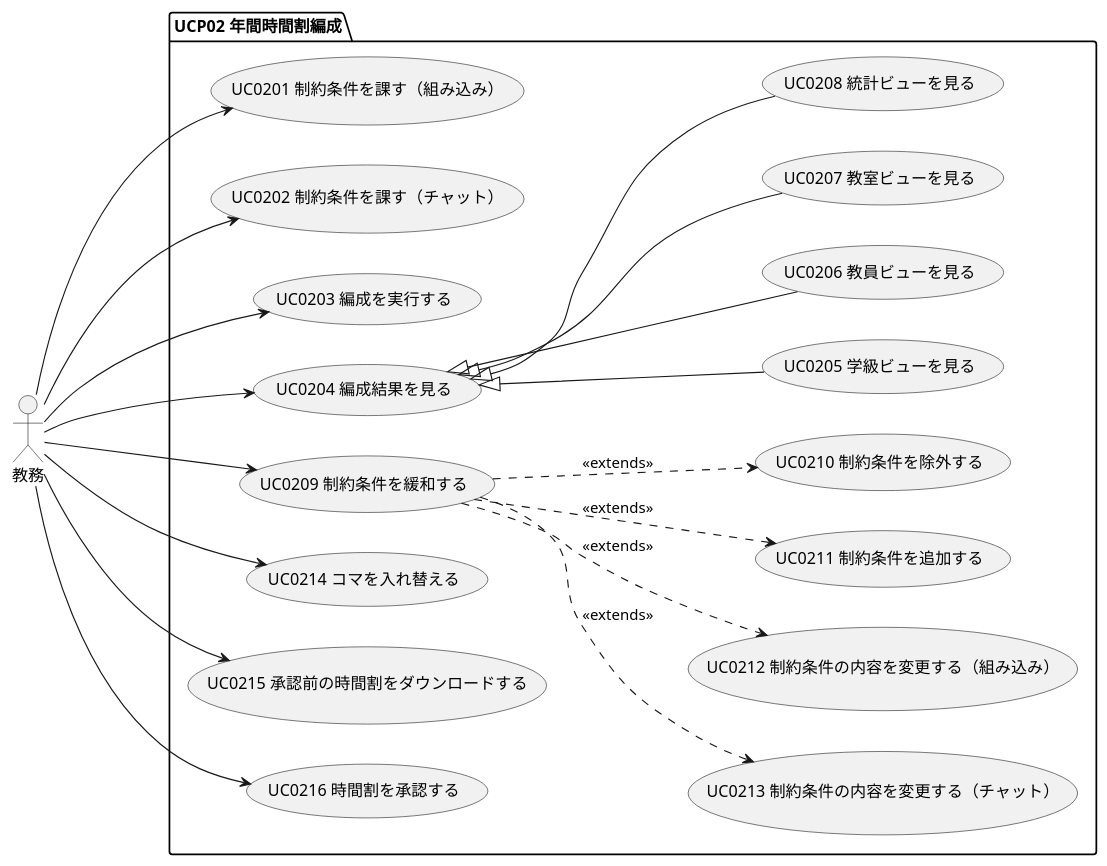
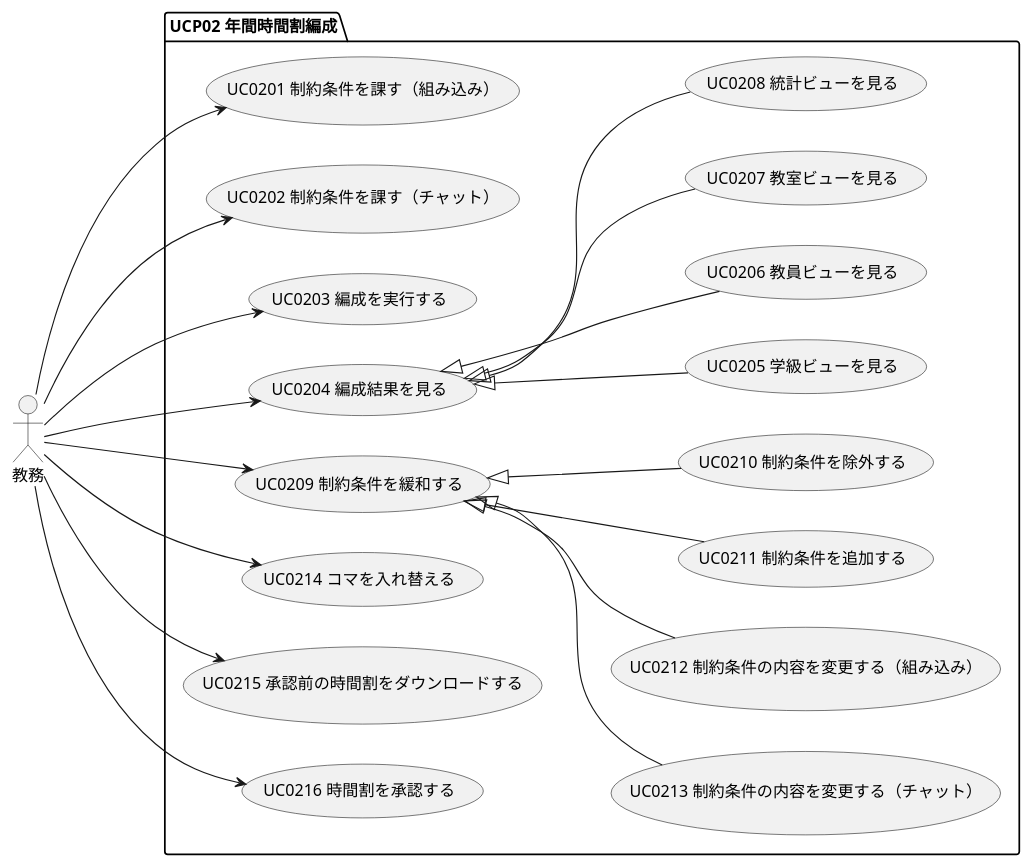
One commit to takayanag-i/working-in-progress changed the diagram in docs/03_システム要件定義/02_ユースケース図/UCP02_年間時間割編成.pu. Above: the diagram before and after it, drawn with PlantUML. The commit also changed 1 other file, not shown here.

```diff
--- a/docs/03_システム要件定義/02_ユースケース図/UCP02_年間時間割編成.pu
+++ b/docs/03_システム要件定義/02_ユースケース図/UCP02_年間時間割編成.pu
@@ -1,25 +1,25 @@
 @startuml usecase diagram
 left to right direction
 actor 教務
 
 package "UCP02 年間時間割編成" {
     教務--->(UC0201 制約条件を課す（組み込み）)
     教務--->(UC0202 制約条件を課す（チャット）)
     教務--->(UC0203 編成を実行する)
     教務--->(UC0204 編成結果を見る)
     教務--->(UC0209 制約条件を緩和する)
     教務--->(UC0214 コマを入れ替える)
     教務--->(UC0215 承認前の時間割をダウンロードする)
     教務--->(UC0216 時間割を承認する)
 
     (UC0204 編成結果を見る) <|-- (UC0205 学級ビューを見る)
     (UC0204 編成結果を見る) <|-- (UC0206 教員ビューを見る)
     (UC0204 編成結果を見る) <|-- (UC0207 教室ビューを見る)
     (UC0204 編成結果を見る) <|-- (UC0208 統計ビューを見る)
 
-    (UC0209 制約条件を緩和する) ..> (UC0213 制約条件の内容を変更する（チャット）) : <<extends>>
-    (UC0209 制約条件を緩和する) ..> (UC0212 制約条件の内容を変更する（組み込み）) : <<extends>>
-    (UC0209 制約条件を緩和する) ..> (UC0211 制約条件を追加する) : <<extends>>
-    (UC0209 制約条件を緩和する) ..> (UC0210 制約条件を除外する) : <<extends>>
+    (UC0209 制約条件を緩和する) <|-- (UC0213 制約条件の内容を変更する（チャット）)
+    (UC0209 制約条件を緩和する) <|-- (UC0212 制約条件の内容を変更する（組み込み）)
+    (UC0209 制約条件を緩和する) <|-- (UC0211 制約条件を追加する)
+    (UC0209 制約条件を緩和する) <|-- (UC0210 制約条件を除外する)
 }
 @enduml
```
